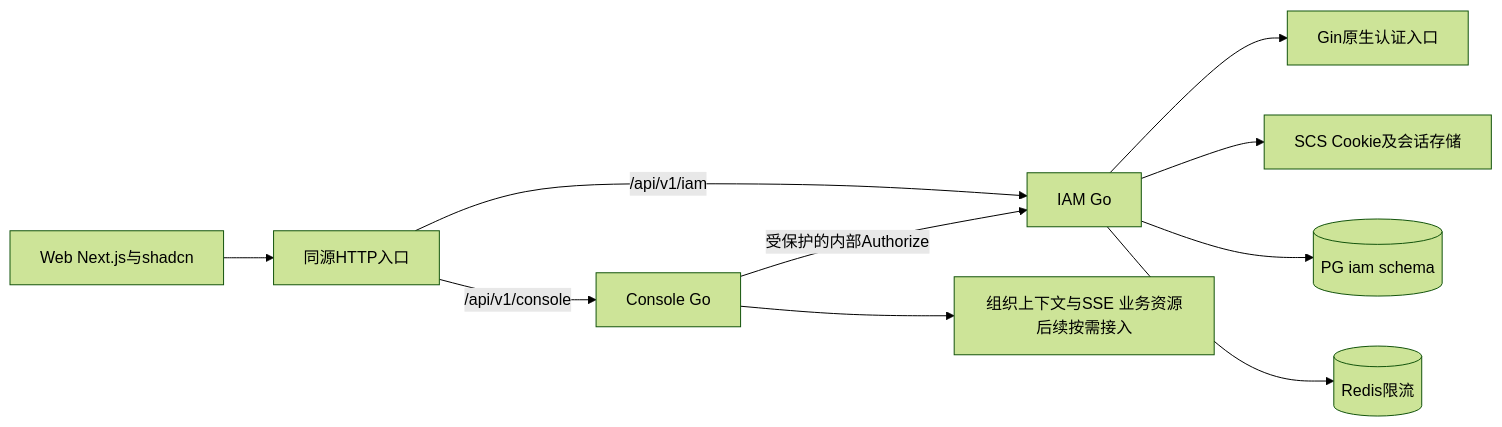
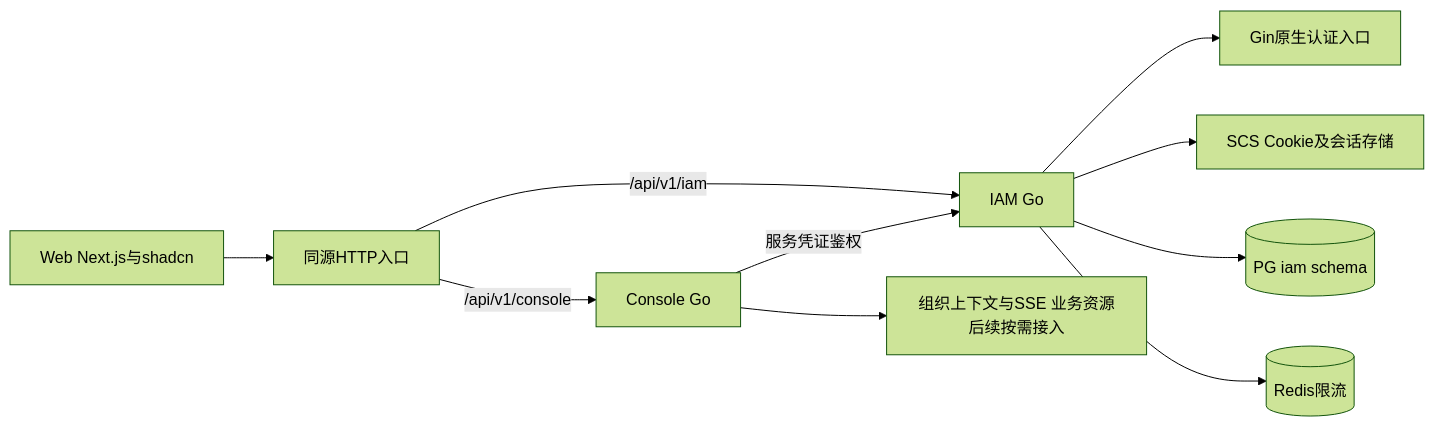
One commit to EayonLee/SecPlexus changed the first of 5 diagrams in src/apps/iam/README.md. Above: the diagram before and after it, drawn with Mermaid (forest theme). The commit also changed other lines of this file and 163 other files, not shown here.

````diff
--- a/src/apps/iam/README.md
+++ b/src/apps/iam/README.md
@@ -11,12 +11,12 @@
 ```mermaid
 flowchart LR
     W[Web Next.js与shadcn] --> E[同源HTTP入口]
     E -->|/api/v1/iam| I[IAM Go]
     E -->|/api/v1/console| C[Console Go]
-    C -->|受保护的内部Authorize| I
+    C -->|服务凭证鉴权| I
     I --> A[Gin原生认证入口]
     I --> S[SCS Cookie及会话存储]
     I --> P[(PG iam schema)]
     I --> R[(Redis限流)]
     C --> B[组织上下文与SSE 业务资源后续按需接入]
 ```
````
